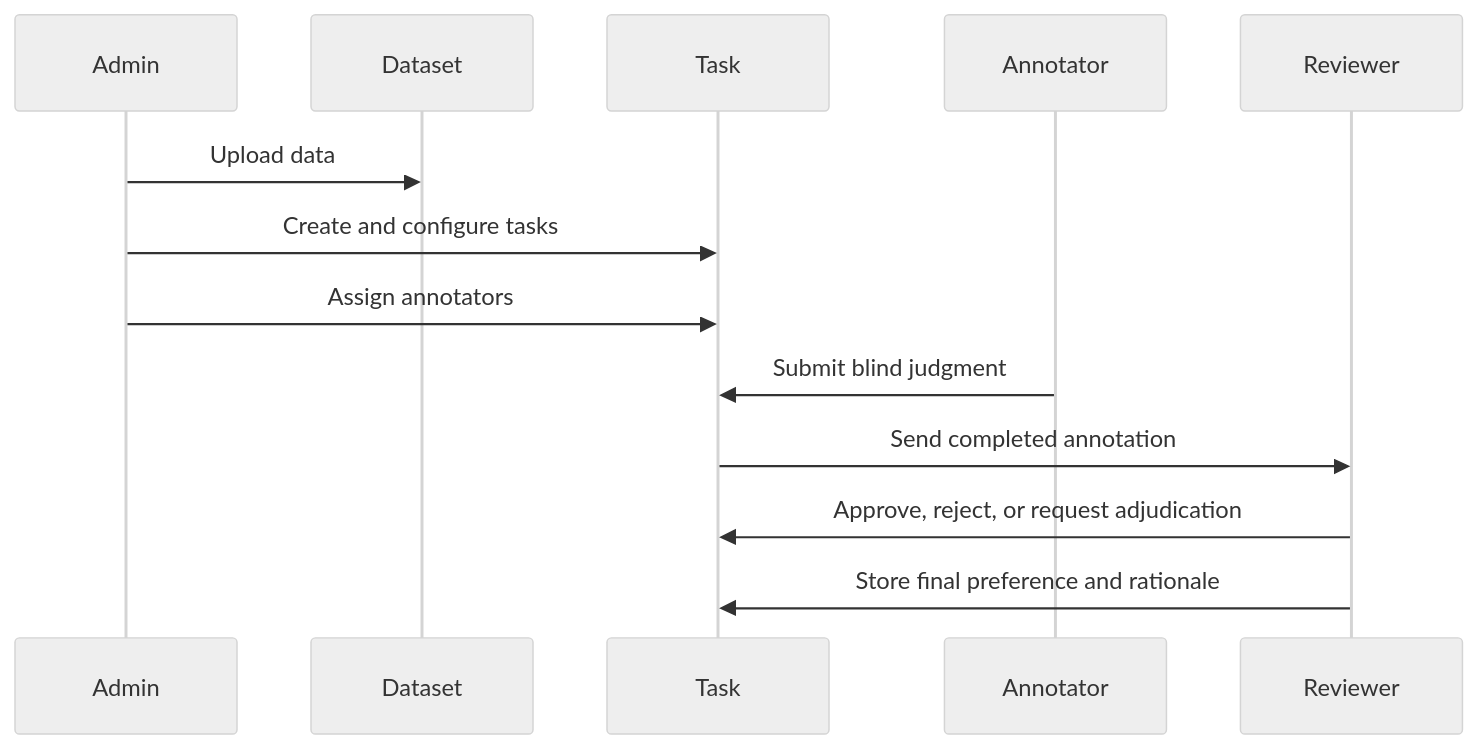
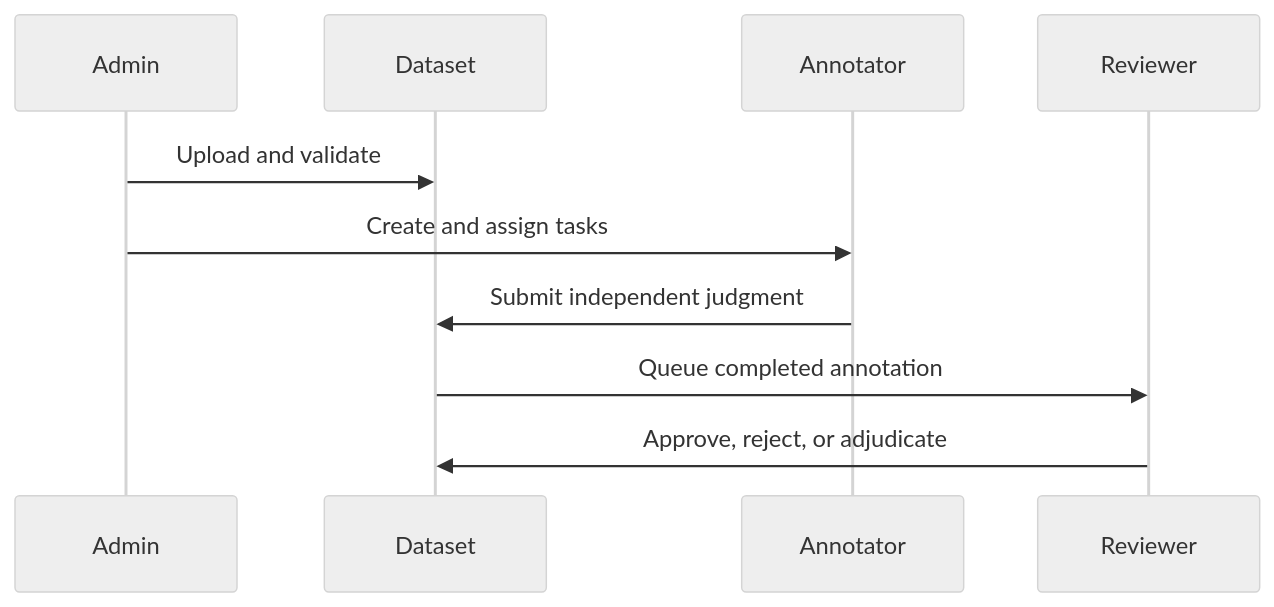
Before and after one commit to arellapraveen4/EvalForge: the second of 2 diagrams in README.md, drawn with Mermaid (neutral theme). The commit also changed other lines of this file, not shown here.

````diff
--- a/README.md
+++ b/README.md
@@ -380,16 +221,13 @@
 ```mermaid
 sequenceDiagram
     participant Admin
     participant Dataset
-    participant Task
     participant Annotator
     participant Reviewer
 
-    Admin->>Dataset: Upload data
-    Admin->>Task: Create and configure tasks
-    Admin->>Task: Assign annotators
-    Annotator->>Task: Submit blind judgment
-    Task->>Reviewer: Send completed annotation
-    Reviewer->>Task: Approve, reject, or request adjudication
-    Reviewer->>Task: Store final preference and rationale
+    Admin->>Dataset: Upload and validate
+    Admin->>Annotator: Create and assign tasks
+    Annotator->>Dataset: Submit independent judgment
+    Dataset->>Reviewer: Queue completed annotation
+    Reviewer->>Dataset: Approve, reject, or adjudicate
 ```
````
